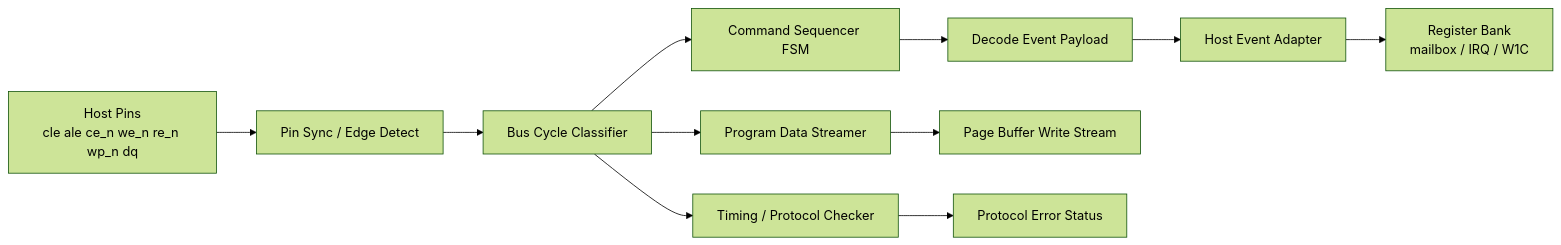
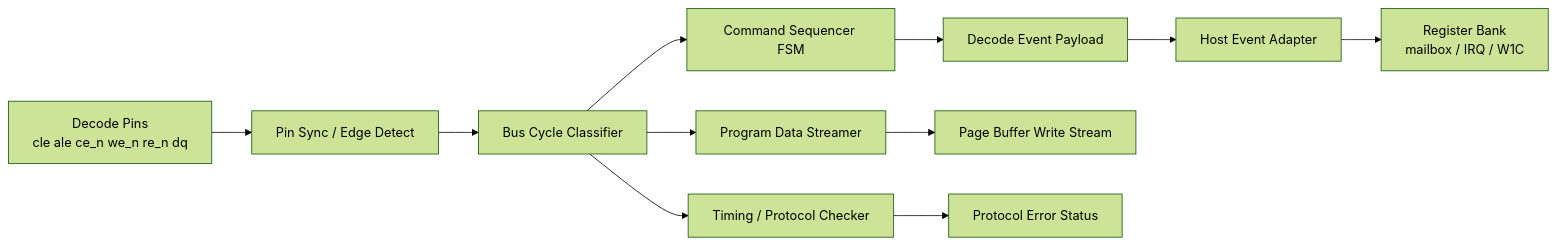
One commit to seungin-lee/RV32-Assisted-NAND-Logic-PoC changed the first of 3 diagrams in design_spec/SIMPLE_ONFI_SDR_decode_fsm.md. Above: the diagram before and after it, drawn with Mermaid (forest theme). The commit also changed other lines of this file and 10 other files, not shown here.

````diff
--- a/design_spec/SIMPLE_ONFI_SDR_decode_fsm.md
+++ b/design_spec/SIMPLE_ONFI_SDR_decode_fsm.md
@@ -45,15 +45,15 @@
 ```mermaid
 flowchart LR
-    PIN["Host Pins<br/>cle ale ce_n we_n re_n wp_n dq"] --> SYNC["Pin Sync / Edge Detect"]
+    PIN["Decode Pins<br/>cle ale ce_n we_n re_n dq"] --> SYNC["Pin Sync / Edge Detect"]
     SYNC --> CLASS["Bus Cycle Classifier"]
     CLASS --> SEQ["Command Sequencer FSM"]
     CLASS --> PDS["Program Data Streamer"]
     CLASS --> TCHK["Timing / Protocol Checker"]
 
     SEQ --> EVT["Decode Event Payload"]
     PDS --> PB["Page Buffer Write Stream"]
     TCHK --> ERR["Protocol Error Status"]
 
     EVT --> HADAPT["Host Event Adapter"]
     HADAPT --> REG["Register Bank<br/>mailbox / IRQ / W1C"]
 ```
````
